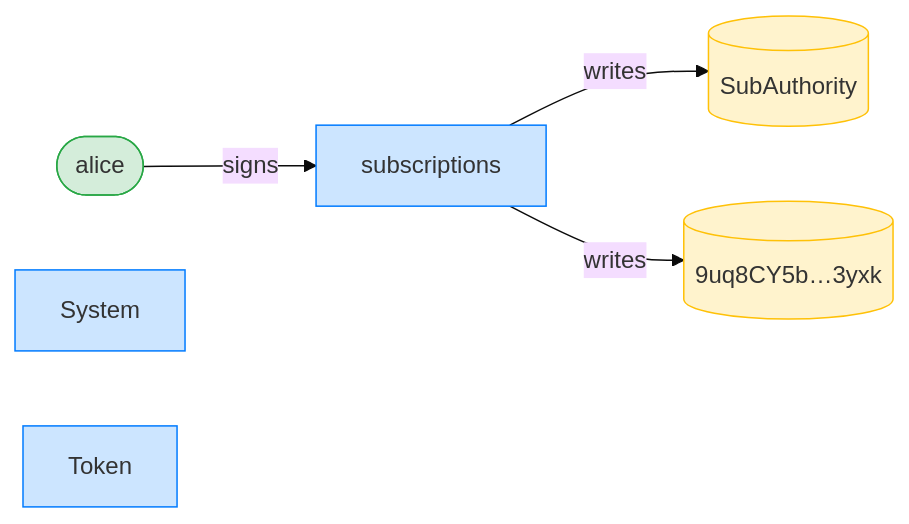
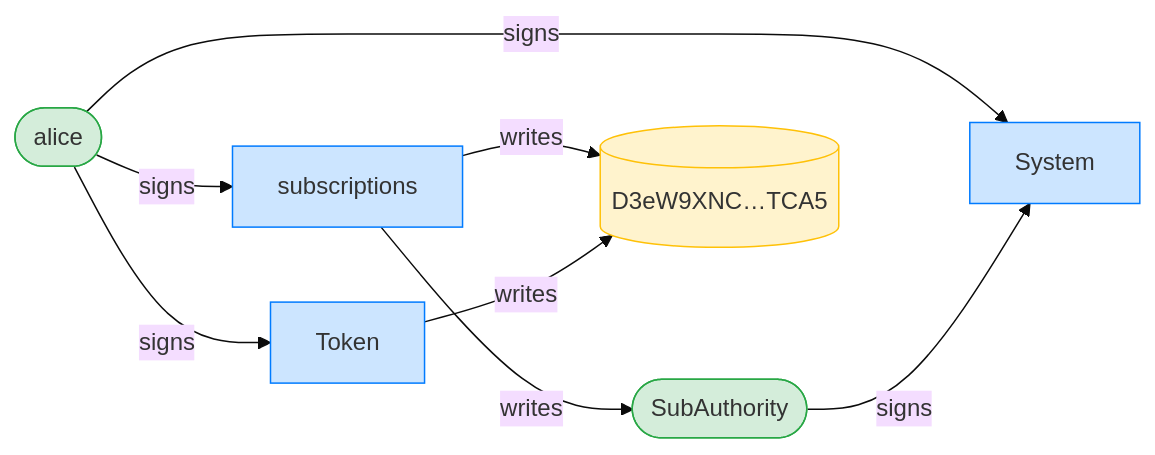
One commit to cds-rs/subscriptions changed the third of 16 diagrams in dsl_tests/resume-rejected-at-the-cancelled-period-end.md. Above: the diagram before and after it, drawn with Mermaid (base theme). The commit also changed other lines of this file and 224 other files, not shown here.

````diff
--- a/dsl_tests/resume-rejected-at-the-cancelled-period-end.md
+++ b/dsl_tests/resume-rejected-at-the-cancelled-period-end.md
@@ -55,15 +56,19 @@
 ```mermaid
 flowchart LR
     classDef signer fill:#d4edda,stroke:#28a745;
     classDef program fill:#cce5ff,stroke:#007bff;
     classDef writable fill:#fff3cd,stroke:#ffc107;
     subscriptions[subscriptions]:::program
     alice([alice]):::signer
-    SubAuthority[(SubAuthority)]:::writable
-    9uq8CY5b_3yxk[("9uq8CY5b…3yxk")]:::writable
+    SubAuthority([SubAuthority]):::signer
+    D3eW9XNC_TCA5[("D3eW9XNC…TCA5")]:::writable
     System[System]:::program
     Token[Token]:::program
     alice -->|signs| subscriptions
+    alice -->|signs| System
+    SubAuthority -->|signs| System
+    alice -->|signs| Token
     subscriptions -->|writes| SubAuthority
-    subscriptions -->|writes| 9uq8CY5b_3yxk
+    subscriptions -->|writes| D3eW9XNC_TCA5
+    Token -->|writes| D3eW9XNC_TCA5
 ```
````
